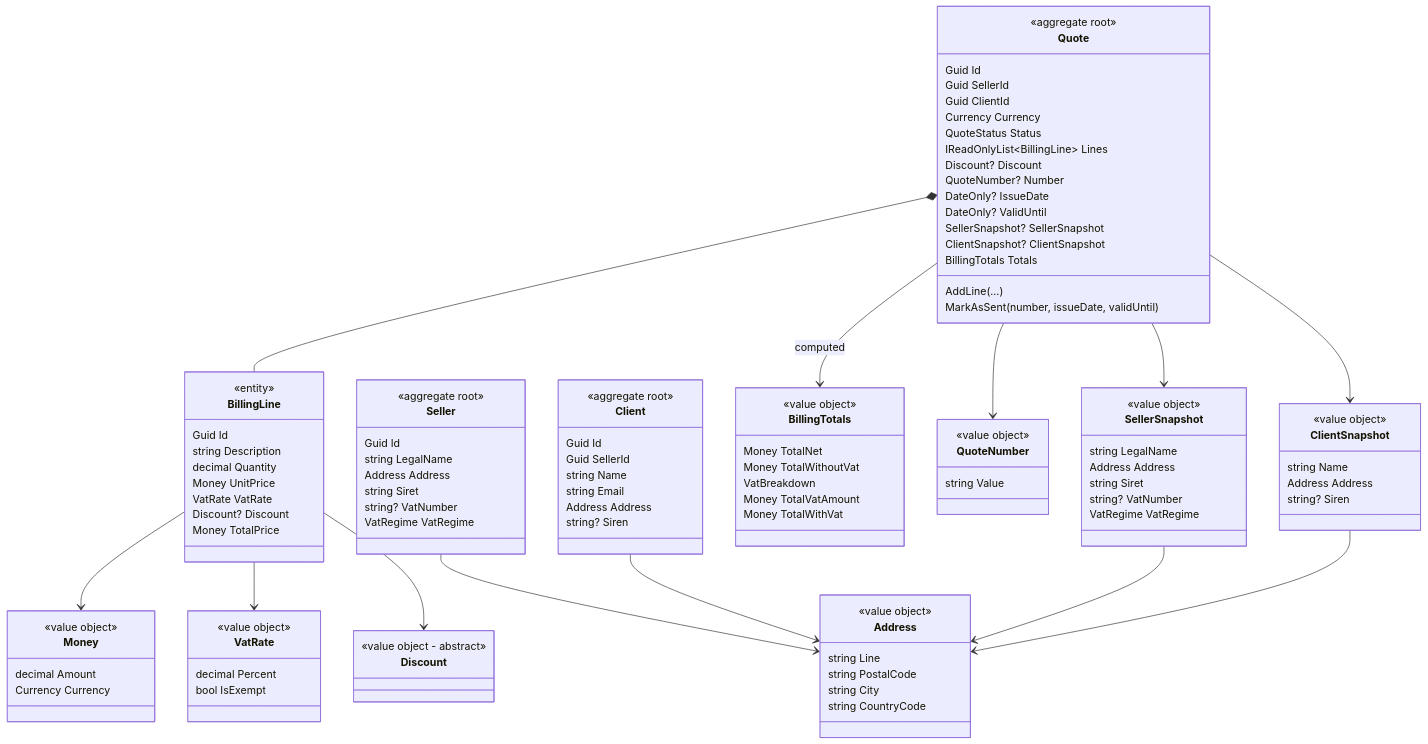
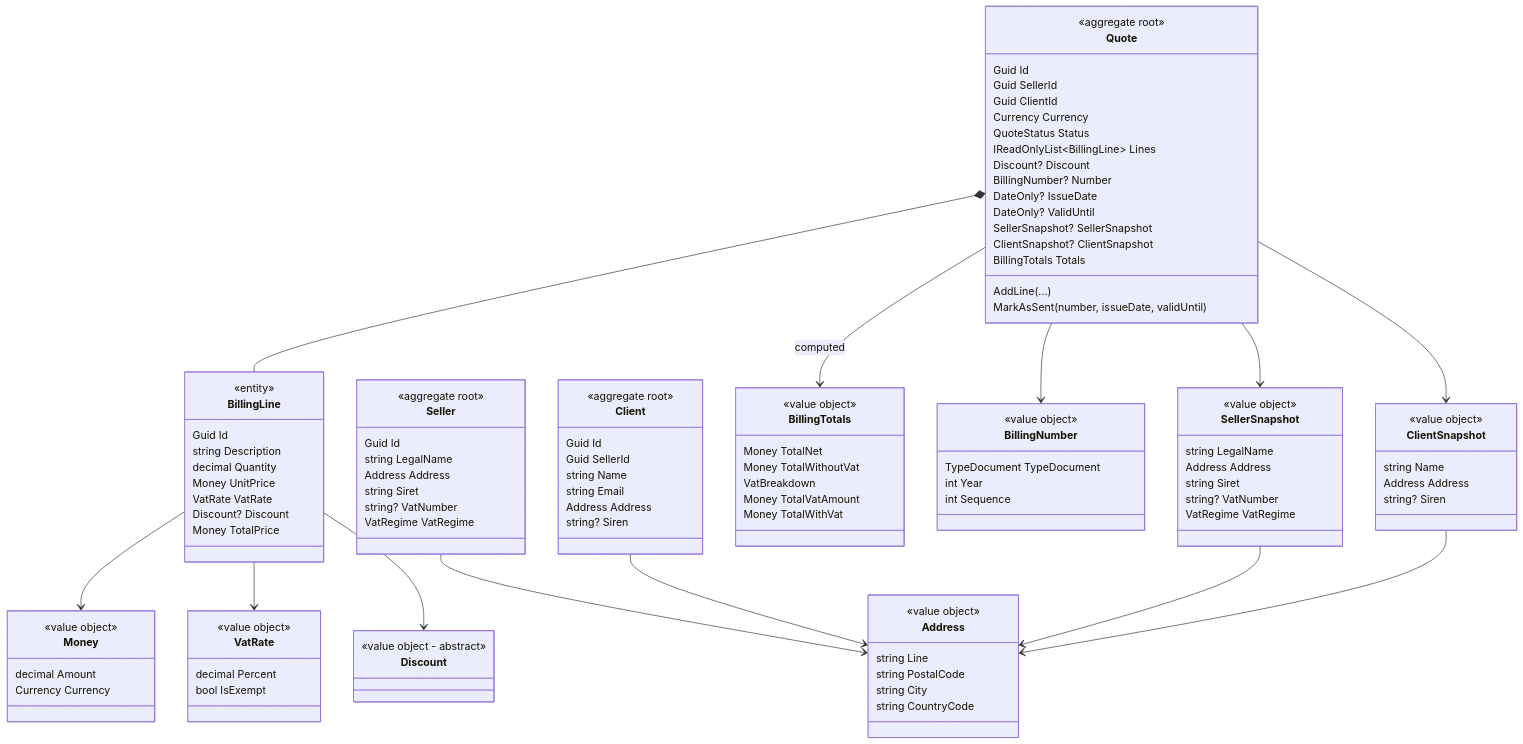
Before and after one commit to MarineLouWork/ChaChing: the second of 4 diagrams in docs/domain-model.md, drawn with Mermaid. The commit also changed 18 other files, not shown here.

First line of the commit message:
feat(invoice): draft invoice, Guard for technical checks, shared BillingNumber

```diff
--- a/docs/domain-model.md
+++ b/docs/domain-model.md
@@ -74,7 +74,7 @@
         QuoteStatus Status
         IReadOnlyList~BillingLine~ Lines
         Discount? Discount
-        QuoteNumber? Number
+        BillingNumber? Number
         DateOnly? IssueDate
         DateOnly? ValidUntil
         SellerSnapshot? SellerSnapshot
@@ -123,9 +123,11 @@
         Money TotalVatAmount
         Money TotalWithVat
     }
-    class QuoteNumber {
+    class BillingNumber {
         <<value object>>
-        string Value
+        TypeDocument TypeDocument
+        int Year
+        int Sequence
     }
     class SellerSnapshot {
         <<value object>>
@@ -144,7 +146,7 @@
 
     Quote *-- BillingLine
     Quote --> BillingTotals : computed
-    Quote --> QuoteNumber
+    Quote --> BillingNumber
     Quote --> SellerSnapshot
     Quote --> ClientSnapshot
     BillingLine --> Money
```
